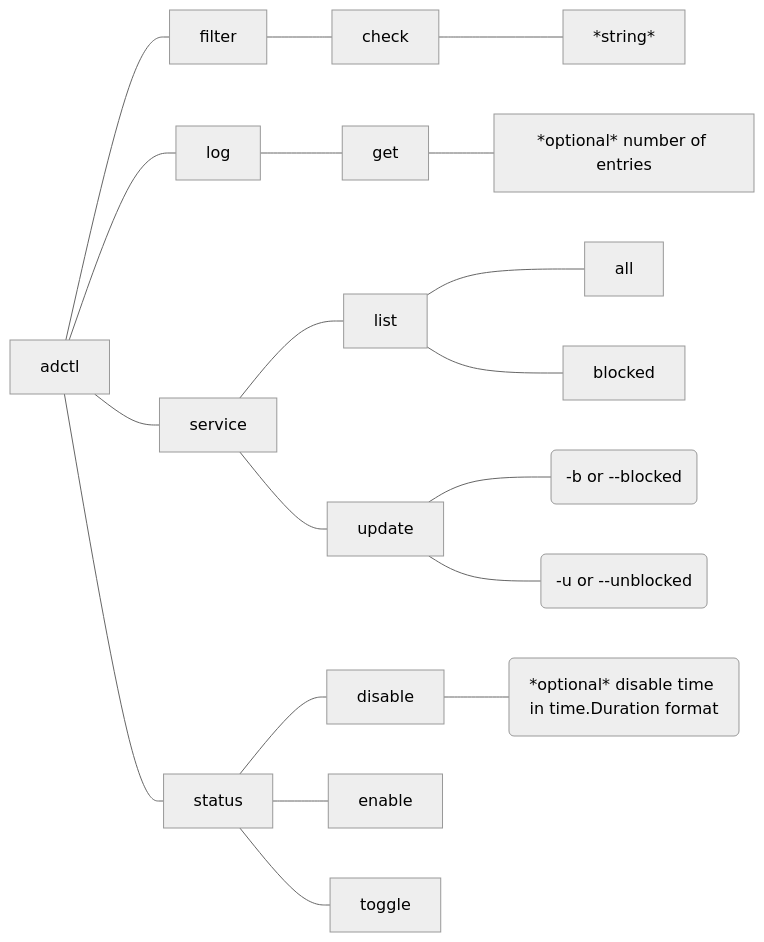
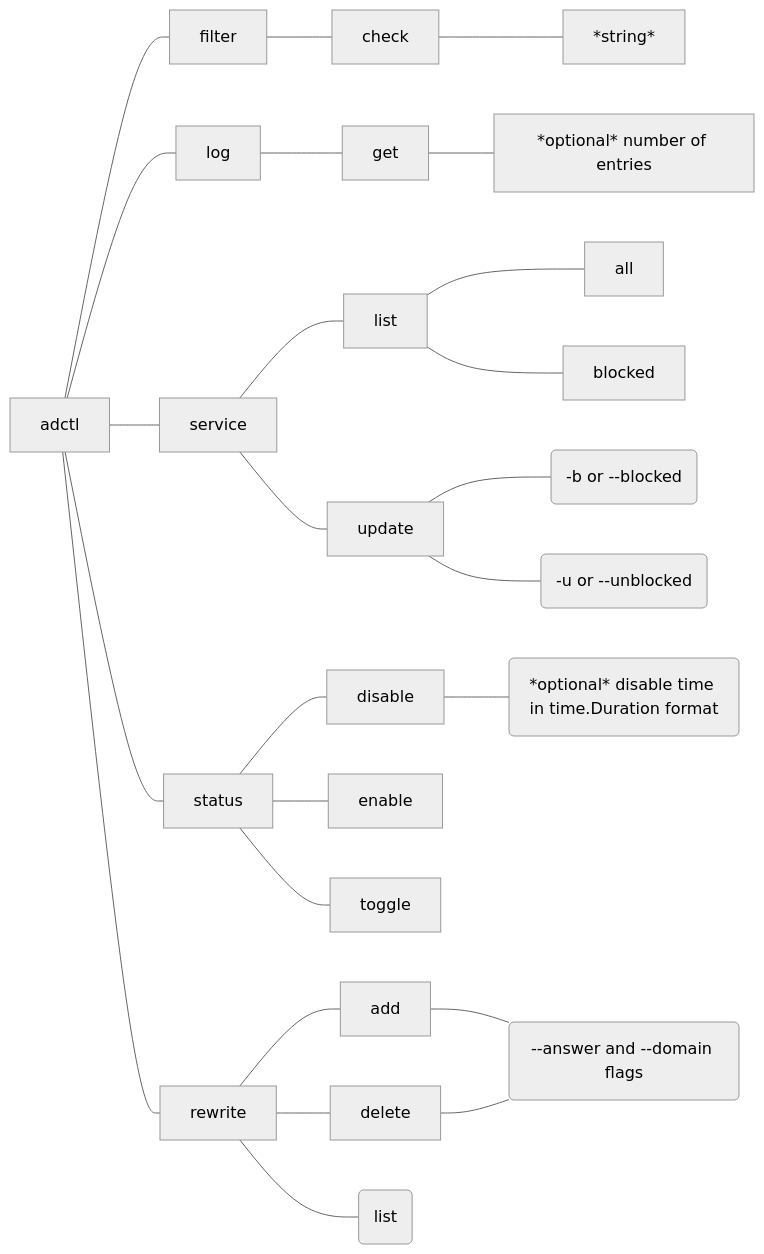
One commit to ewosborne/adctl changed the diagram in README.md. Above: the diagram before and after it, drawn with Mermaid (neutral theme). The commit also changed 2 other files, not shown here.

Commit message:
readme mermaid work

````diff
--- a/README.md
+++ b/README.md
@@ -48,18 +48,28 @@
 ```mermaid
 flowchart LR
     adctl---filter---check---id0["*string*"]
     adctl---log---get---id1["*optional* number of entries"]
     adctl---service
+
     service---list
     list---all
     list---blocked
     service---update
     update---id2("-b or --blocked")
     update---id3("-u or --unblocked")
 
     adctl---status
     status---disable
     disable---id4("*optional* disable time in time.Duration format")
     status---enable
     status---toggle
+
+    adctl---rewrite
+    rewrite---add
+    rewrite---delete
+    rewrite---id6("list")
+
+    add---id5("--answer and --domain flags")
+    delete---id5
+
 ```
````
